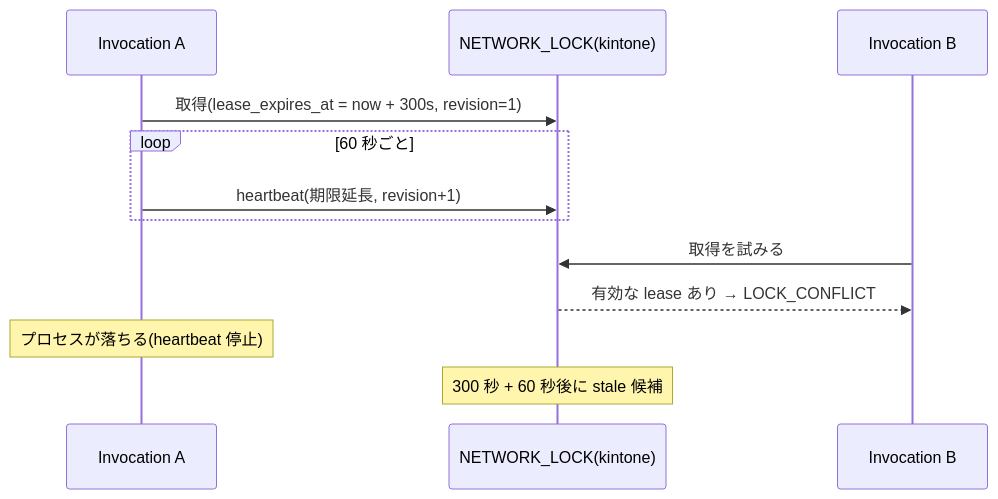
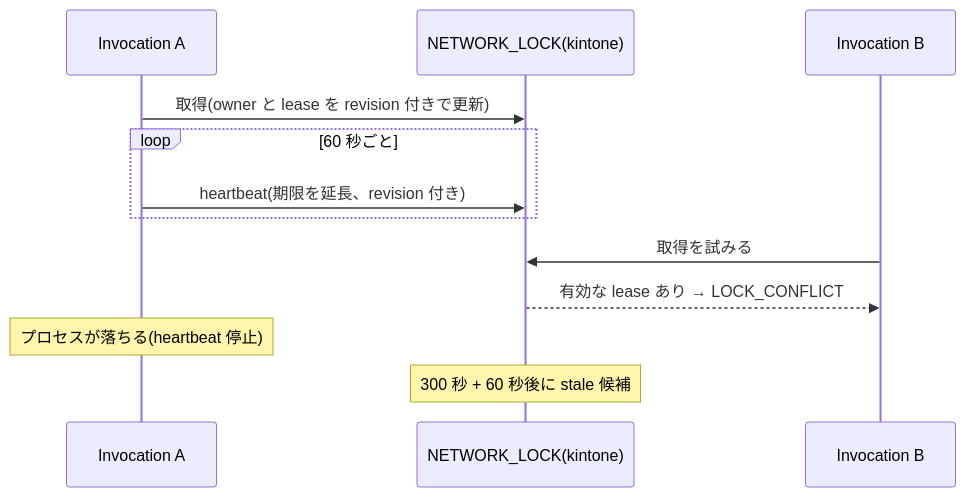
One commit to rex0220/ksql-flownet changed the second of 2 diagrams in docs/internal/qiita-draft-8.md. Above: the diagram before and after it, drawn with Mermaid. The commit also changed other lines of this file and 2 other files, not shown here.

````diff
--- a/docs/internal/qiita-draft-8.md
+++ b/docs/internal/qiita-draft-8.md
@@ -91,14 +91,14 @@
 ```mermaid
 sequenceDiagram
   participant A as Invocation A
   participant L as NETWORK_LOCK(kintone)
   participant B as Invocation B
-  A->>L: 取得(lease_expires_at = now + 300s, revision=1)
+  A->>L: 取得(owner と lease を revision 付きで更新)
   loop 60 秒ごと
-    A->>L: heartbeat(期限延長, revision+1)
+    A->>L: heartbeat(期限を延長、revision 付き)
   end
   B->>L: 取得を試みる
   L-->>B: 有効な lease あり → LOCK_CONFLICT
   Note over A: プロセスが落ちる(heartbeat 停止)
   Note over L: 300 秒 + 60 秒後に stale 候補
 ```
````
